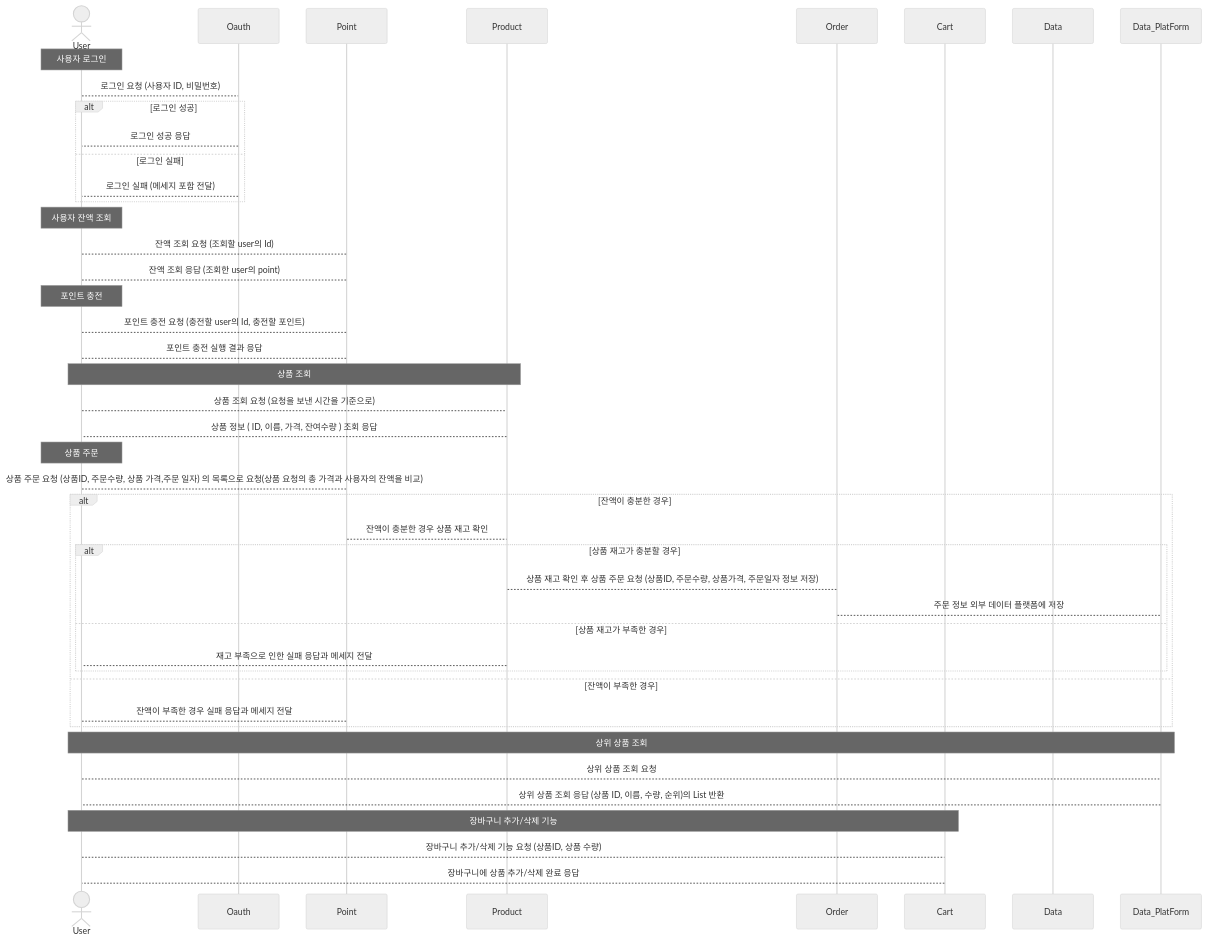
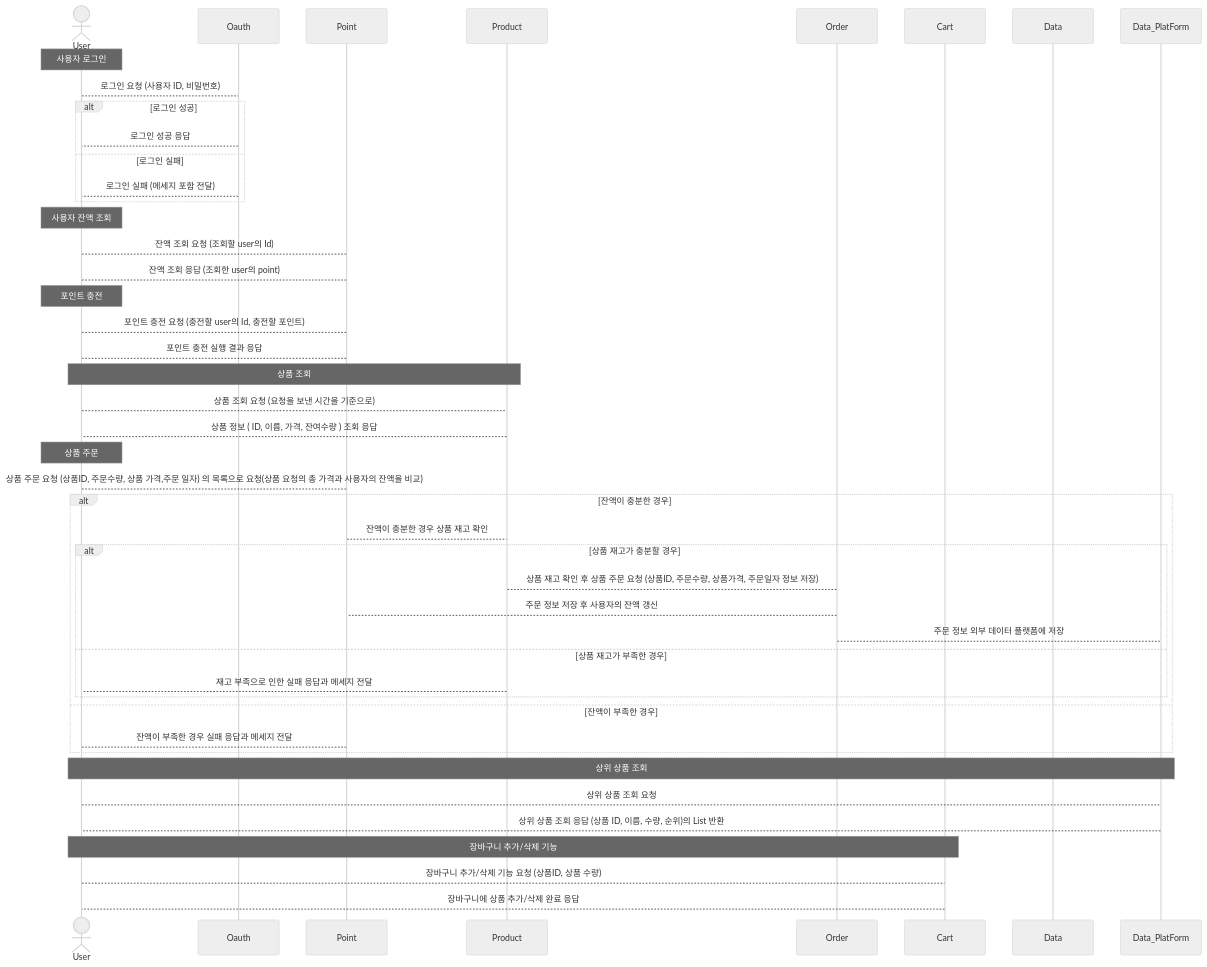
Before and after one commit to buj6842/eCommerce: the second of 3 diagrams in README.md, drawn with Mermaid (neutral theme). The commit also changed other lines of this file and 12 other files, not shown here.

````diff
--- a/README.md
+++ b/README.md
@@ -35,59 +36,60 @@
 ```mermaid
 sequenceDiagram
     actor  User
     participant Oauth
     participant Point
     participant Product
     participant Order
     participant Cart
     participant Data
     
     %% 1.사용자 로그인
     Note over User: 사용자 로그인
     User --> Oauth: 로그인 요청 (사용자 ID, 비밀번호)
     alt 로그인 성공
         Oauth --> User: 로그인 성공 응답
     else 로그인 실패
         Oauth --> User: 로그인 실패 (메세지 포함 전달)
     end
 
     %% 2.사용자 잔액 조회
     Note over User: 사용자 잔액 조회
     User --> Point : 잔액 조회 요청 (조회할 user의 Id)
     Point --> User : 잔액 조회 응답 (조회한 user의 point)
 
     %% 3.포인트 충전
     Note over User : 포인트 충전
     User --> Point : 포인트 충전 요청 (충전할 user의 Id, 충전할 포인트)
     Point --> User : 포인트 충전 실행 결과 응답
     
     %% 4.상품 조회
     Note over User, Product: 상품 조회
     User --> Product : 상품 조회 요청 (요청을 보낸 시간을 기준으로)
     Product --> User : 상품 정보 ( ID, 이름, 가격, 잔여수량 ) 조회 응답
 
     %% 5.상품 주문
     Note over User: 상품 주문
     User --> Point : 상품 주문 요청 (상품ID, 주문수량, 상품 가격,주문 일자) 의 목록으로 요청(상품 요청의 총 가격과 사용자의 잔액을 비교)
     alt 잔액이 충분한 경우
         Point --> Product : 잔액이 충분한 경우 상품 재고 확인
         alt 상품 재고가 충분할 경우
             Product --> Order : 상품 재고 확인 후 상품 주문 요청 (상품ID, 주문수량, 상품가격, 주문일자 정보 저장)
+            Order --> Point : 주문 정보 저장 후 사용자의 잔액 갱신
             Order --> Data_PlatForm : 주문 정보 외부 데이터 플랫폼에 저장
         else 상품 재고가 부족한 경우
             Product --> User : 재고 부족으로 인한 실패 응답과 메세지 전달
         end
     else 잔액이 부족한 경우
         Point --> User : 잔액이 부족한 경우 실패 응답과 메세지 전달
     end
 
     %% 6.상위 상품 조회
     Note over User, Data_PlatForm: 상위 상품 조회
     User --> Data_PlatForm : 상위 상품 조회 요청
     Data_PlatForm --> User : 상위 상품 조회 응답 (상품 ID, 이름, 수량, 순위)의 List 반환
 
     %% 7.장바구니 추가/삭제 기능
     Note over User, Cart: 장바구니 추가/삭제 기능
     User --> Cart : 장바구니 추가/삭제 기능 요청 (상품ID, 상품 수량)
     Cart --> User : 장바구니에 상품 추가/삭제 완료 응답
 ```
````
